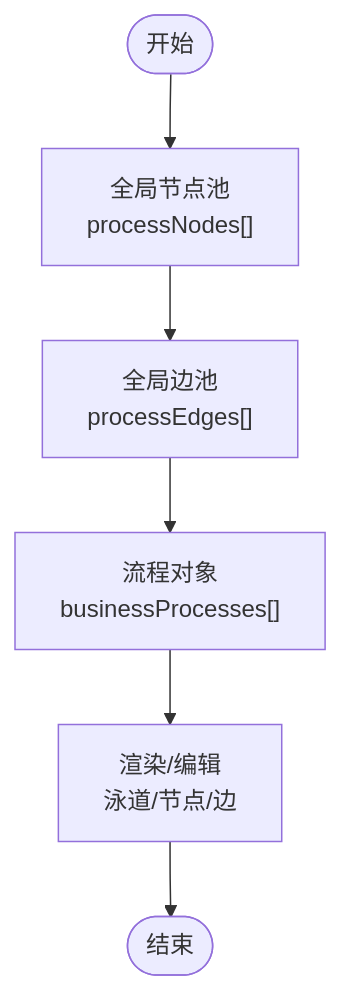
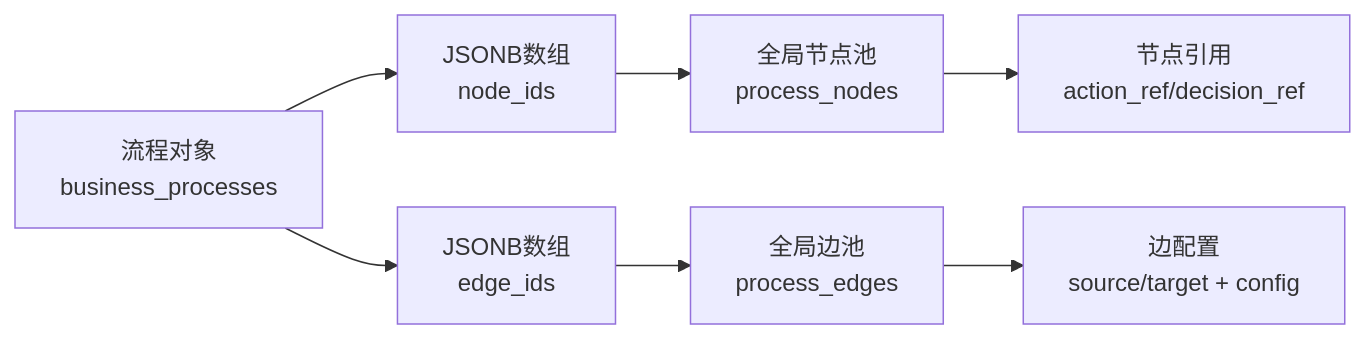
The third of 6 diagrams in .qoder/repowiki/zh/content/核心模块/业务流程管理模块.md (kai-cui1/ai-prototype-manager), drawn with Mermaid before and after one commit. The commit also changed other lines of this file and 173 other files, not shown here.

````diff
--- a/.qoder/repowiki/zh/content/核心模块/业务流程管理模块.md
+++ b/.qoder/repowiki/zh/content/核心模块/业务流程管理模块.md
@@ -139,8 +189,9 @@
 ```mermaid
-flowchart TD
-Start(["开始"]) --> Pool["全局节点池<br/>processNodes[]"]
-Pool --> Edges["全局边池<br/>processEdges[]"]
-Edges --> Process["流程对象<br/>businessProcesses[]"]
-Process --> Render["渲染/编辑<br/>泳道/节点/边"]
-Render --> End(["结束"])
+flowchart LR
+A["流程对象<br/>business_processes"] --> B["JSONB数组<br/>node_ids"]
+A --> C["JSONB数组<br/>edge_ids"]
+B --> D["全局节点池<br/>process_nodes"]
+C --> E["全局边池<br/>process_edges"]
+D --> F["节点引用<br/>action_ref/decision_ref"]
+E --> G["边配置<br/>source/target + config"]
 ```
````
